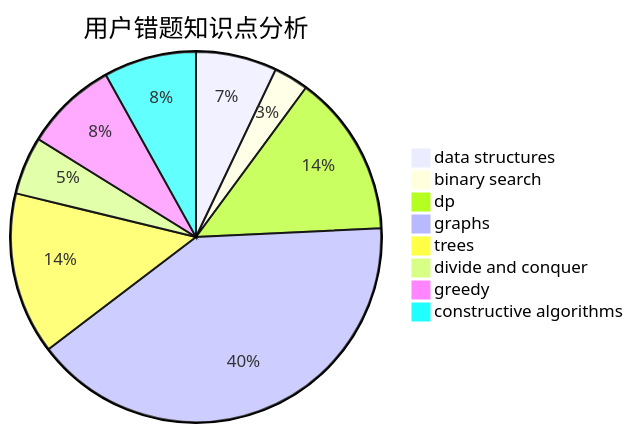
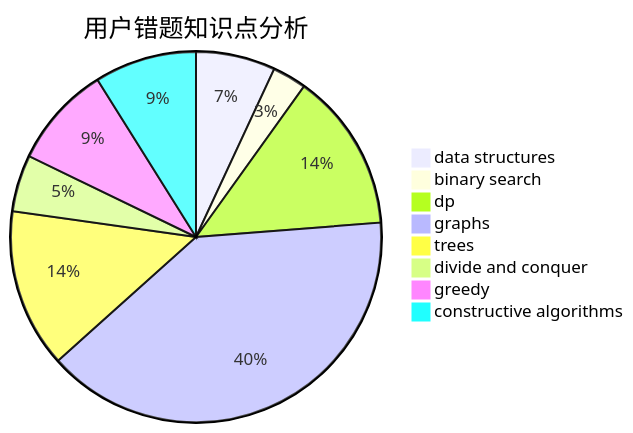
The third of 3 diagrams in docs/user/u294.md (sherpahu/cfrs.github.io), drawn with Mermaid before and after one commit. The commit also changed other lines of this file and 2770 other files, not shown here.

````diff
--- a/docs/user/u294.md
+++ b/docs/user/u294.md
@@ -36,11 +36,11 @@
 ```mermaid
 pie title 用户错题知识点分析
     "data structures" :  7
     "binary search" :  3
     "dp" :  14
     "graphs" :  40
     "trees" :  14
     "divide and conquer" :  5
-    "greedy" :  8
-    "constructive algorithms" :  8
+    "greedy" :  9
+    "constructive algorithms" :  9
 ```
````
